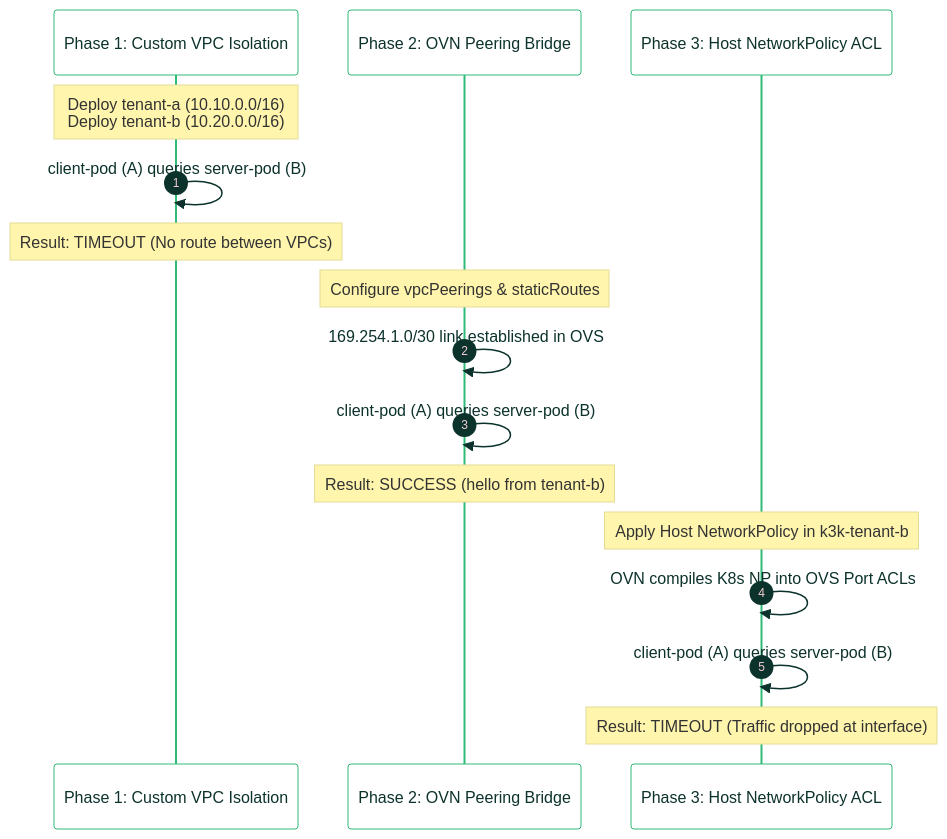
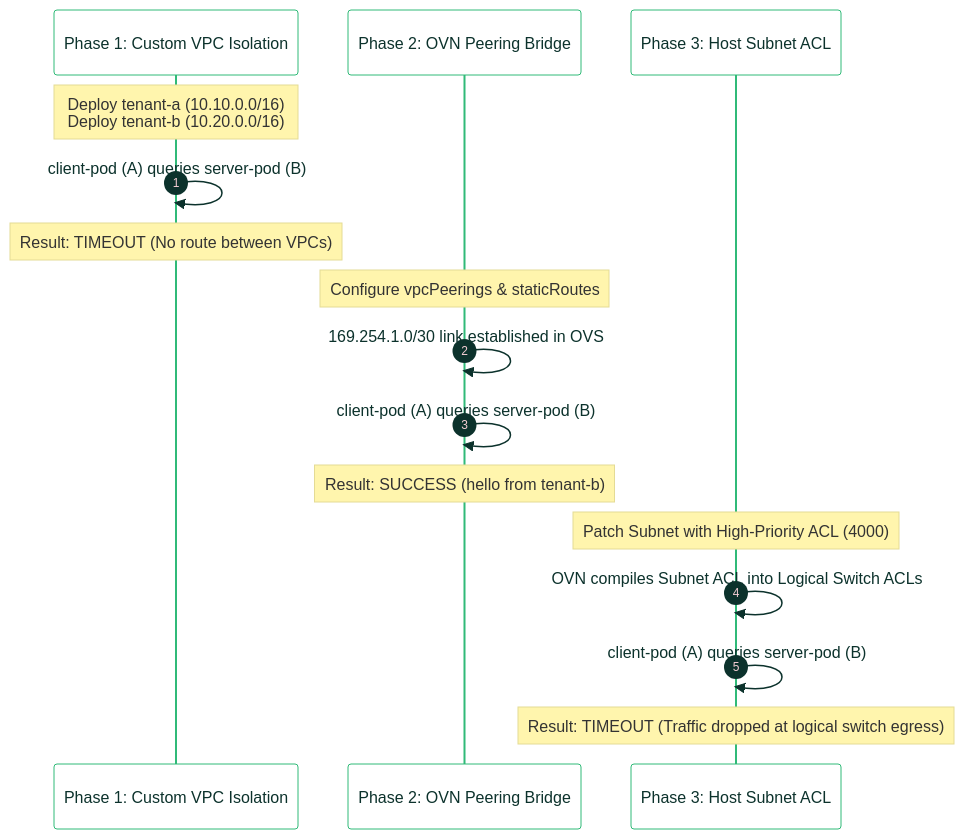
Before and after one commit to coulof/k3k-kube-ovn: the second of 2 diagrams in docs/vpc-peering-networkpolicy-demo.md, drawn with Mermaid. The commit also changed other lines of this file and 8 other files, not shown here.

First line of the commit message:
feat(network): transition to high-priority Subnet ACLs and stable VM node IPs

````diff
--- a/docs/vpc-peering-networkpolicy-demo.md
+++ b/docs/vpc-peering-networkpolicy-demo.md
@@ -89,40 +89,40 @@
 ```mermaid
 %%{init: {
   'theme': 'base',
   'themeVariables': {
     'fontFamily': 'SUSE, sans-serif',
     'fontSize': '14px',
     'primaryColor': '#30ba78',
     'primaryTextColor': '#0c322c',
     'primaryBorderColor': '#30ba78',
     'lineColor': '#0c322c',
     'secondaryColor': '#0c322c',
     'tertiaryColor': '#90ebcd',
     'mainBkg': '#ffffff',
     'nodeBorder': '#0c322c',
     'clusterBkg': '#efefef',
     'clusterBorder': '#90ebcd',
     'titleColor': '#0c322c',
     'edgeLabelBackground':'#ffffff'
   }
 } }%%
 sequenceDiagram
     autonumber
     participant Step1 as Phase 1: Custom VPC Isolation
     participant Step2 as Phase 2: OVN Peering Bridge
-    participant Step3 as Phase 3: Host NetworkPolicy ACL
-
+    participant Step3 as Phase 3: Host Subnet ACL
+    
     Note over Step1: Deploy tenant-a (10.10.0.0/16)<br/>Deploy tenant-b (10.20.0.0/16)
     Step1->>Step1: client-pod (A) queries server-pod (B)
     Note over Step1: Result: TIMEOUT (No route between VPCs)
 
     Note over Step2: Configure vpcPeerings & staticRoutes
     Step2->>Step2: 169.254.1.0/30 link established in OVS
     Step2->>Step2: client-pod (A) queries server-pod (B)
     Note over Step2: Result: SUCCESS (hello from tenant-b)
 
-    Note over Step3: Apply Host NetworkPolicy in k3k-tenant-b
-    Step3->>Step3: OVN compiles K8s NP into OVS Port ACLs
+    Note over Step3: Patch Subnet with High-Priority ACL (4000)
+    Step3->>Step3: OVN compiles Subnet ACL into Logical Switch ACLs
     Step3->>Step3: client-pod (A) queries server-pod (B)
-    Note over Step3: Result: TIMEOUT (Traffic dropped at interface)
+    Note over Step3: Result: TIMEOUT (Traffic dropped at logical switch egress)
 ```
````
